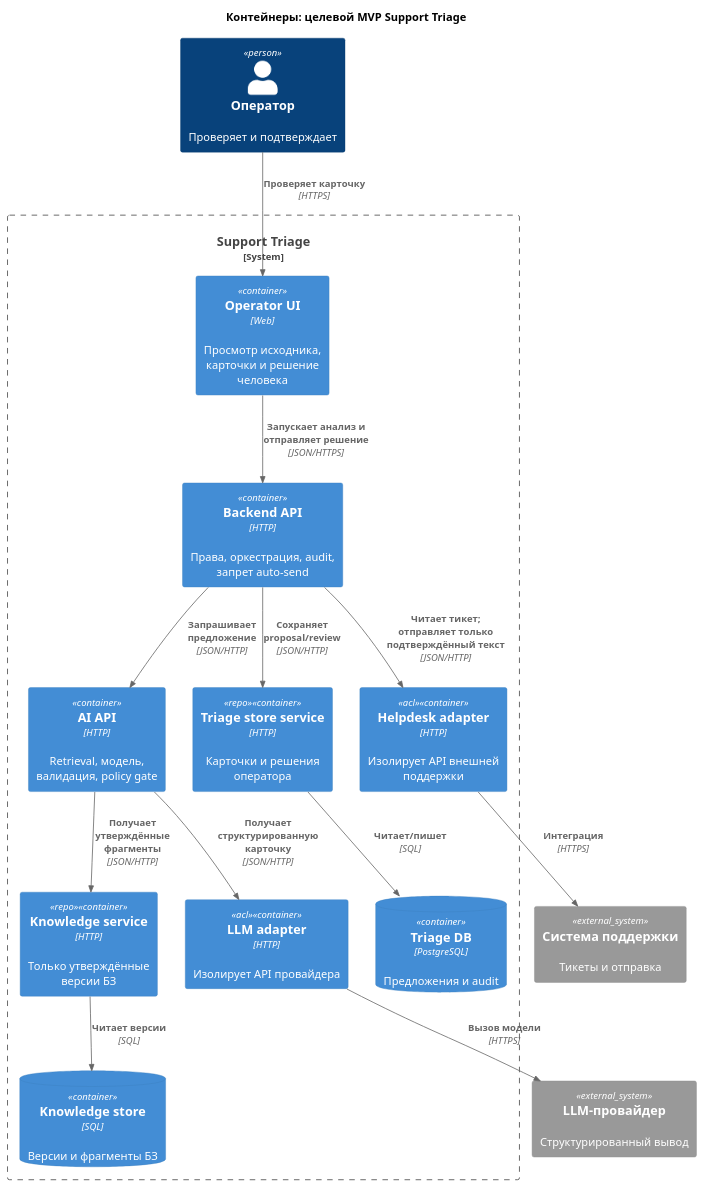
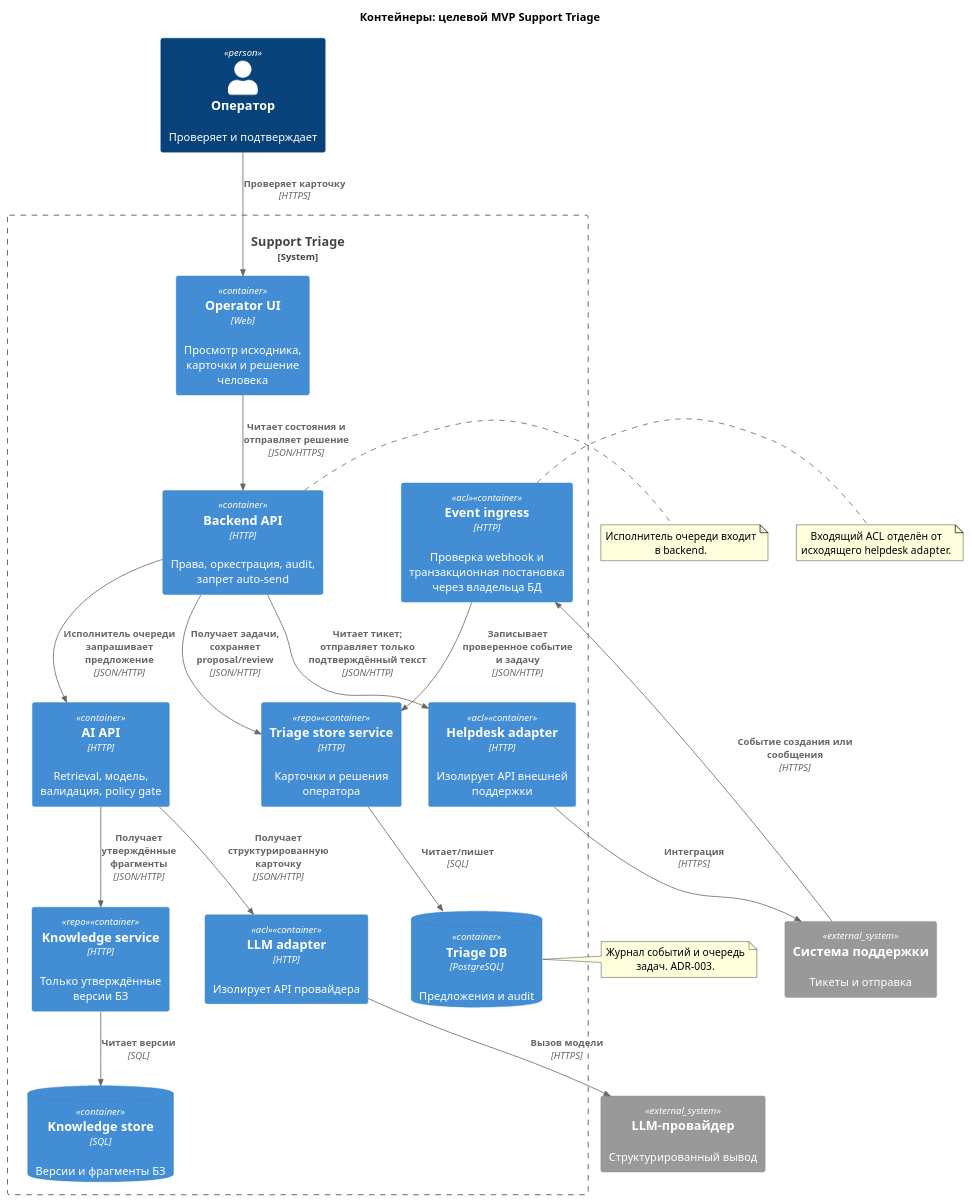
The diagram in docs/architecture/container.puml (vstu-sii/razbor-obrascheniy-v-podderzhku-rh5e), drawn with PlantUML before and after one commit. The commit also changed 32 other files, not shown here.

```diff
--- a/docs/architecture/container.puml
+++ b/docs/architecture/container.puml
@@ -1,29 +1,35 @@
 @startuml
 !include <C4/C4_Container>
 title Контейнеры: целевой MVP Support Triage
 Person(operator, "Оператор", "Проверяет и подтверждает")
 System_Ext(helpdesk, "Система поддержки", "Тикеты и отправка")
 System_Ext(llm, "LLM-провайдер", "Структурированный вывод")
 System_Boundary(s1, "Support Triage") {
   Container(ui, "Operator UI", "Web", "Просмотр исходника, карточки и решение человека")
+  Container(ingress, "Event ingress", "HTTP", "Проверка webhook и транзакционная постановка через владельца БД", $tags="acl")
   Container(api, "Backend API", "HTTP", "Права, оркестрация, audit, запрет auto-send")
   Container(ai, "AI API", "HTTP", "Retrieval, модель, валидация, policy gate")
   Container(kb, "Knowledge service", "HTTP", "Только утверждённые версии БЗ", $tags="repo")
   ContainerDb(kbdb, "Knowledge store", "SQL", "Версии и фрагменты БЗ")
   Container(audit, "Triage store service", "HTTP", "Карточки и решения оператора", $tags="repo")
   ContainerDb(db, "Triage DB", "PostgreSQL", "Предложения и audit")
   Container(hd, "Helpdesk adapter", "HTTP", "Изолирует API внешней поддержки", $tags="acl")
   Container(provider, "LLM adapter", "HTTP", "Изолирует API провайдера", $tags="acl")
 }
 Rel(operator, ui, "Проверяет карточку", "HTTPS")
-Rel(ui, api, "Запускает анализ и отправляет решение", "JSON/HTTPS")
-Rel(api, ai, "Запрашивает предложение", "JSON/HTTP")
+Rel(ui, api, "Читает состояния и отправляет решение", "JSON/HTTPS")
+Rel(api, ai, "Исполнитель очереди запрашивает предложение", "JSON/HTTP")
 Rel(ai, kb, "Получает утверждённые фрагменты", "JSON/HTTP")
 Rel(kb, kbdb, "Читает версии", "SQL")
 Rel(ai, provider, "Получает структурированную карточку", "JSON/HTTP")
 Rel(provider, llm, "Вызов модели", "HTTPS")
-Rel(api, audit, "Сохраняет proposal/review", "JSON/HTTP")
+Rel(api, audit, "Получает задачи, сохраняет proposal/review", "JSON/HTTP")
 Rel(audit, db, "Читает/пишет", "SQL")
 Rel(api, hd, "Читает тикет; отправляет только подтверждённый текст", "JSON/HTTP")
 Rel(hd, helpdesk, "Интеграция", "HTTPS")
+Rel(helpdesk, ingress, "Событие создания или сообщения", "HTTPS")
+Rel(ingress, audit, "Записывает проверенное событие и задачу", "JSON/HTTP")
+note right of api : Исполнитель очереди входит в backend.
+note right of db : Журнал событий и очередь задач. ADR-003.
+note right of ingress : Входящий ACL отделён от исходящего helpdesk adapter.
 @enduml
```
